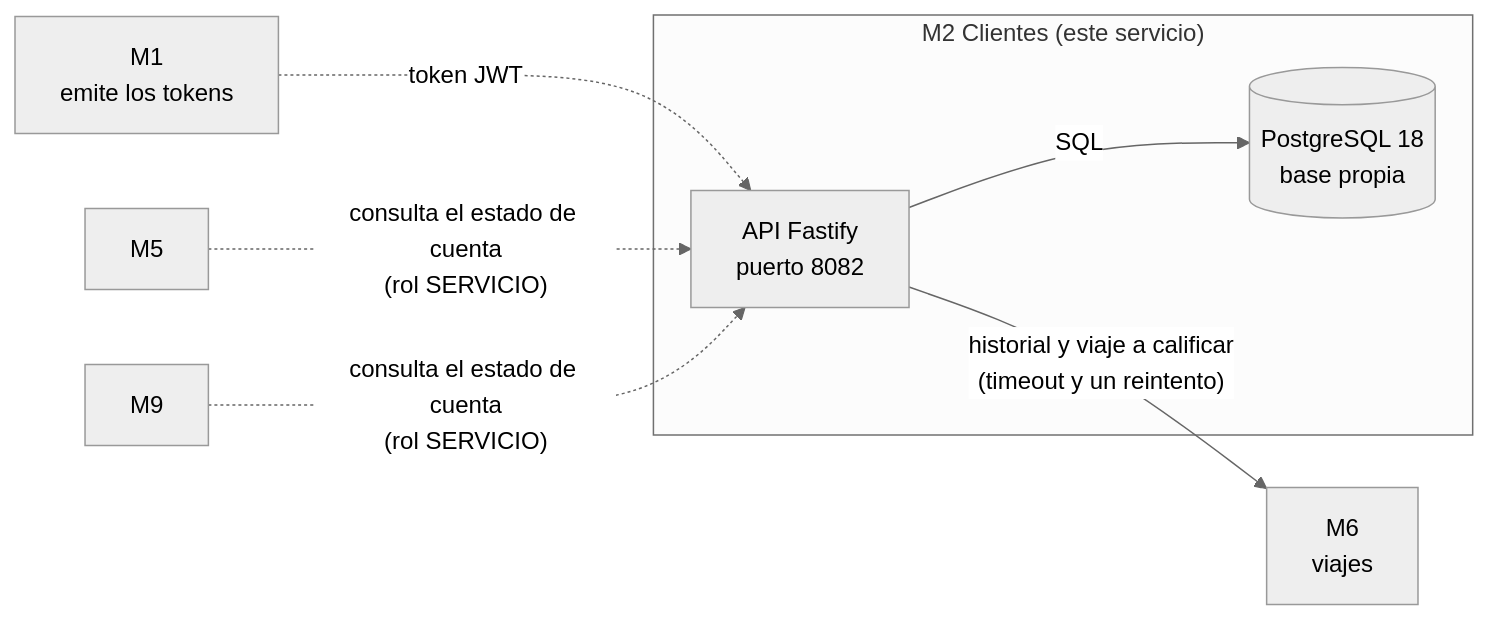
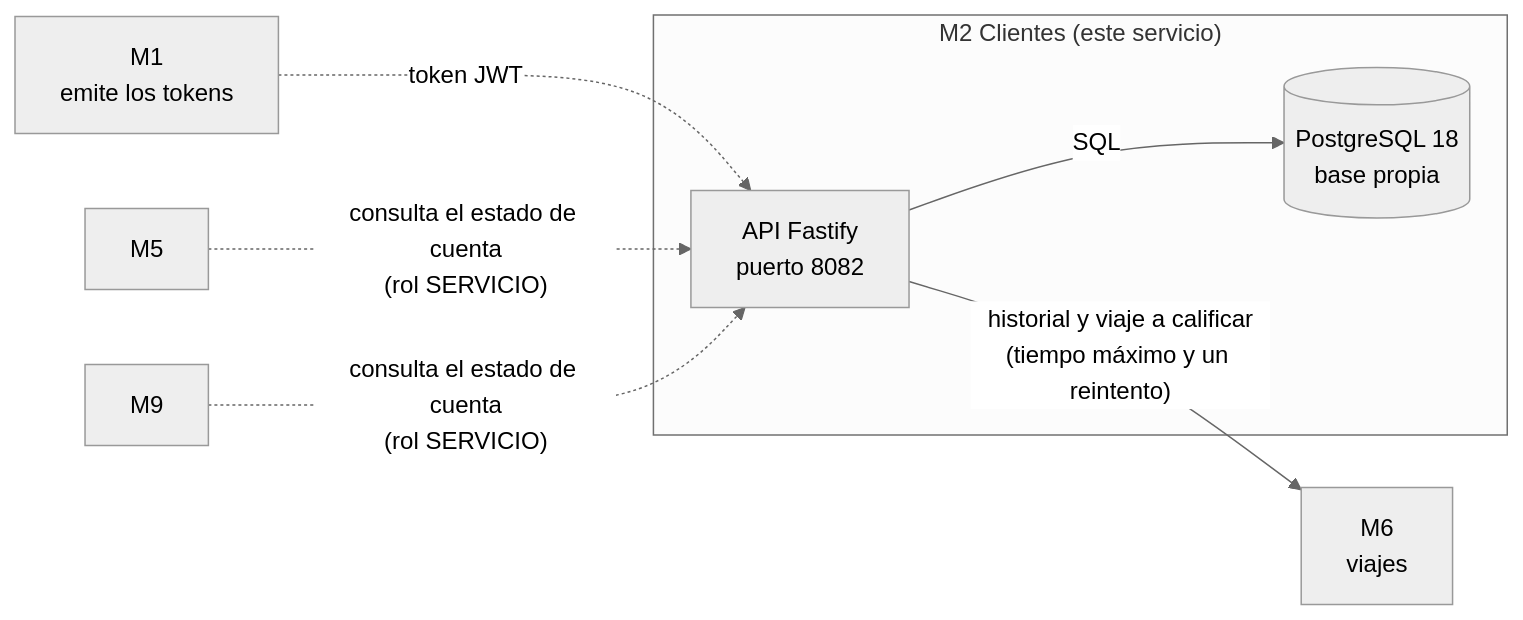
Before and after one commit to FRRe-DS/2026-17-TPI: the diagram in README.md, drawn with Mermaid (neutral theme). The commit also changed other lines of this file and 2 other files, not shown here.

````diff
--- a/README.md
+++ b/README.md
@@ -49,18 +81,18 @@
 ```mermaid
 flowchart LR
     M1["M1<br/>emite los tokens"]
     M5["M5"]
     M9["M9"]
     M6["M6<br/>viajes"]
 
     subgraph M2["M2 Clientes (este servicio)"]
         API["API Fastify<br/>puerto 8082"]
         BD[("PostgreSQL 18<br/>base propia")]
         API -->|"SQL"| BD
     end
 
     M1 -.->|"token JWT"| API
     M5 -.->|"consulta el estado de cuenta<br/>(rol SERVICIO)"| API
     M9 -.->|"consulta el estado de cuenta<br/>(rol SERVICIO)"| API
-    API -->|"historial y viaje a calificar<br/>(timeout y un reintento)"| M6
+    API -->|"historial y viaje a calificar<br/>(tiempo máximo y un reintento)"| M6
 ```
````
